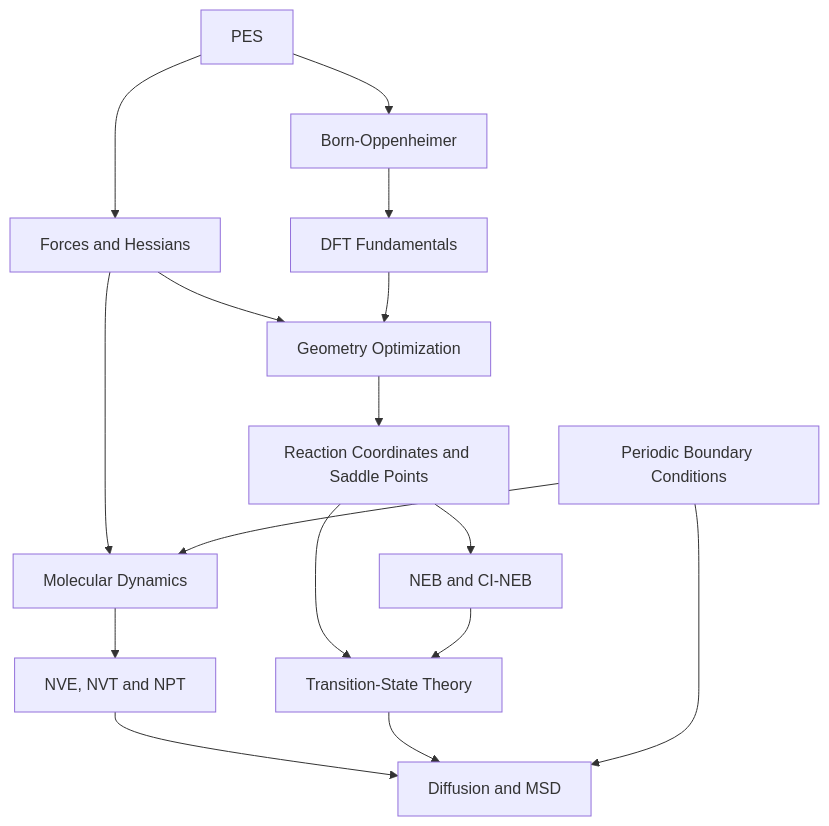
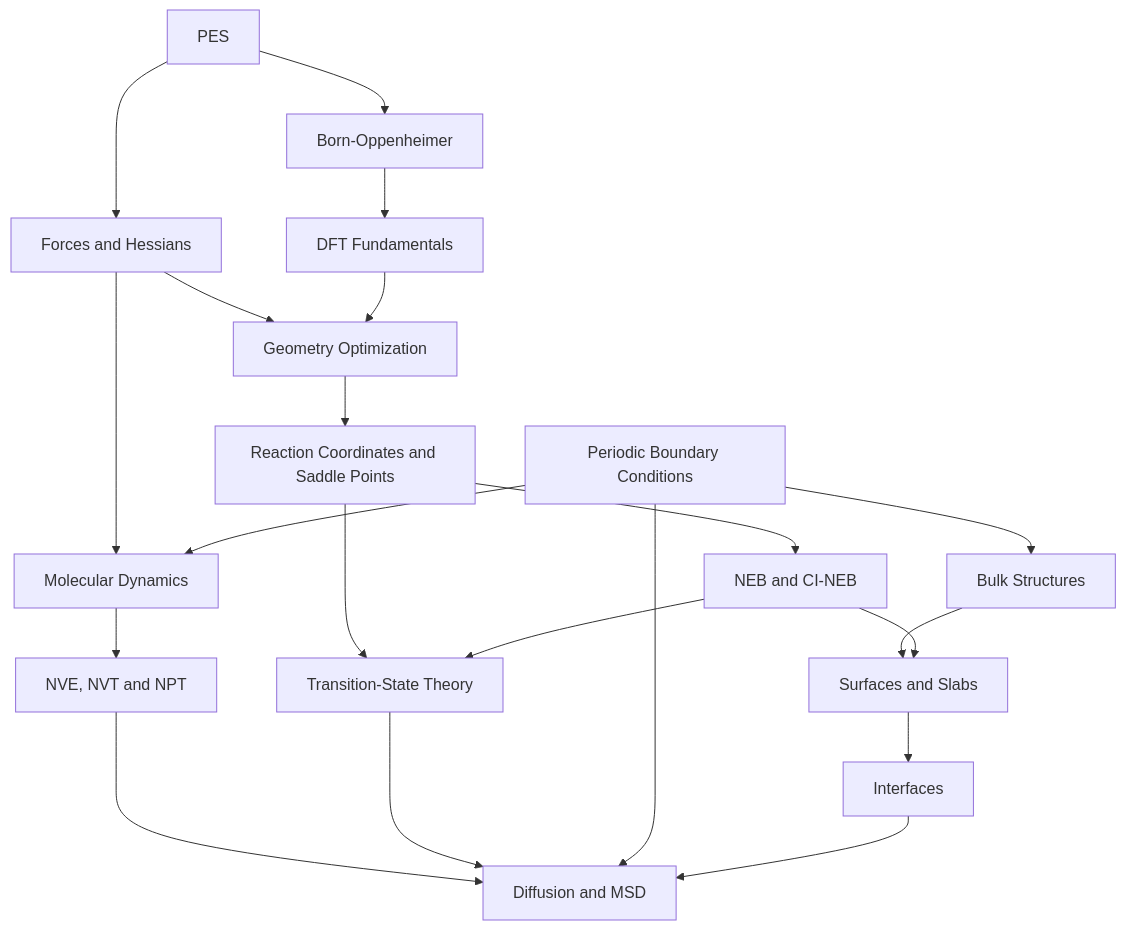
Before and after one commit to Long-Brian-Yang/blog: the diagram in research/computational-materials/README.md, drawn with Mermaid. The commit also changed other lines of this file, not shown here.

Commit message:
docs: add bulk surface interface learning track to roadmap

````diff
--- a/research/computational-materials/README.md
+++ b/research/computational-materials/README.md
@@ -26,18 +29,23 @@
 ```mermaid
 flowchart TD
     PES[PES] --> FORCE[Forces and Hessians]
     PES --> BO[Born-Oppenheimer]
     BO --> DFT[DFT Fundamentals]
     FORCE --> OPT[Geometry Optimization]
     DFT --> OPT
     OPT --> PATH[Reaction Coordinates and Saddle Points]
     PATH --> NEB[NEB and CI-NEB]
     PATH --> TST[Transition-State Theory]
     NEB --> TST
     FORCE --> MD[Molecular Dynamics]
     PBC[Periodic Boundary Conditions] --> MD
     MD --> ENS[NVE, NVT and NPT]
     ENS --> DIFF[Diffusion and MSD]
     TST --> DIFF
     PBC --> DIFF
+    PBC --> BULK[Bulk Structures]
+    BULK --> SURF[Surfaces and Slabs]
+    SURF --> INT[Interfaces]
+    NEB --> SURF
+    INT --> DIFF
 ```
````
